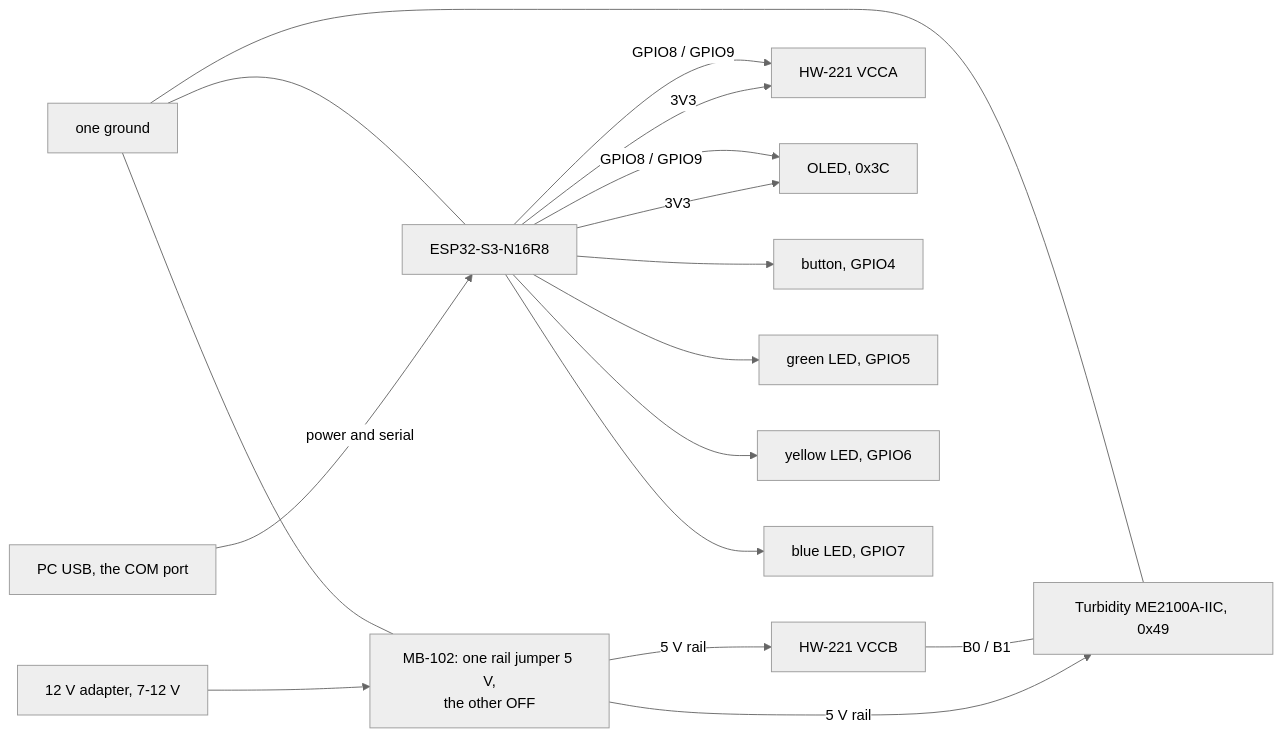
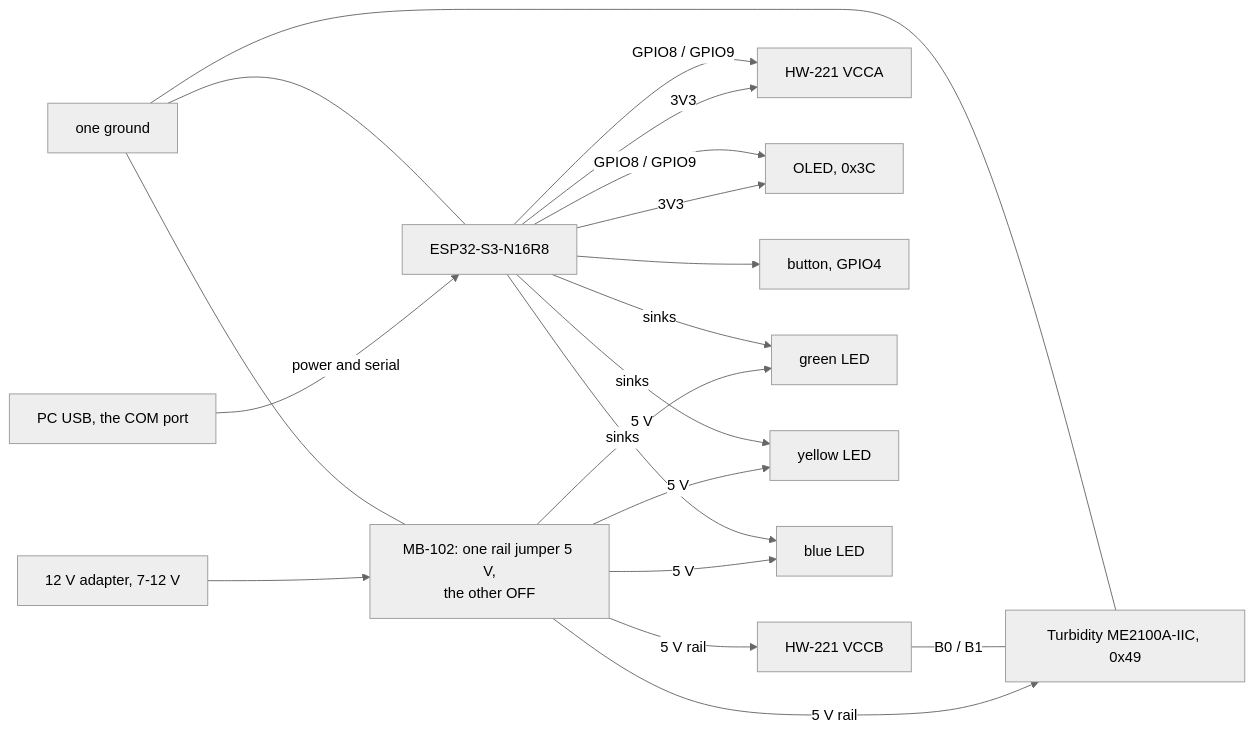
Before and after one commit to FrozenYty/aquavision: the diagram in docs/procurement-en.md, drawn with Mermaid (neutral theme). The commit also changed other lines of this file and 10 other files, not shown here.

````diff
--- a/docs/procurement-en.md
+++ b/docs/procurement-en.md
@@ -119,19 +121,22 @@
 ```mermaid
 flowchart LR
   DC["12 V adapter, 7-12 V"] --> MB["MB-102: one rail jumper 5 V,<br/>the other OFF"]
   MB -->|"5 V rail"| S["Turbidity ME2100A-IIC, 0x49"]
   MB -->|"5 V rail"| HV["HW-221 VCCB"]
   HV ---|"B0 / B1"| S
   PC["PC USB, the COM port"] -->|"power and serial"| ESP["ESP32-S3-N16R8"]
   ESP -->|"3V3"| LV["HW-221 VCCA"]
   ESP -->|"3V3"| OLED["OLED, 0x3C"]
   ESP -->|"GPIO8 / GPIO9"| LV
   ESP -->|"GPIO8 / GPIO9"| OLED
   ESP --> B["button, GPIO4"]
-  ESP --> L1["green LED, GPIO5"]
-  ESP --> L2["yellow LED, GPIO6"]
-  ESP --> L3["blue LED, GPIO7"]
+  MB -->|"5 V"| L1["green LED"]
+  ESP -->|"sinks"| L1
+  MB -->|"5 V"| L2["yellow LED"]
+  ESP -->|"sinks"| L2
+  MB -->|"5 V"| L3["blue LED"]
+  ESP -->|"sinks"| L3
   GND["one ground"] --- MB
   GND --- ESP
   GND --- S
 ```
````
